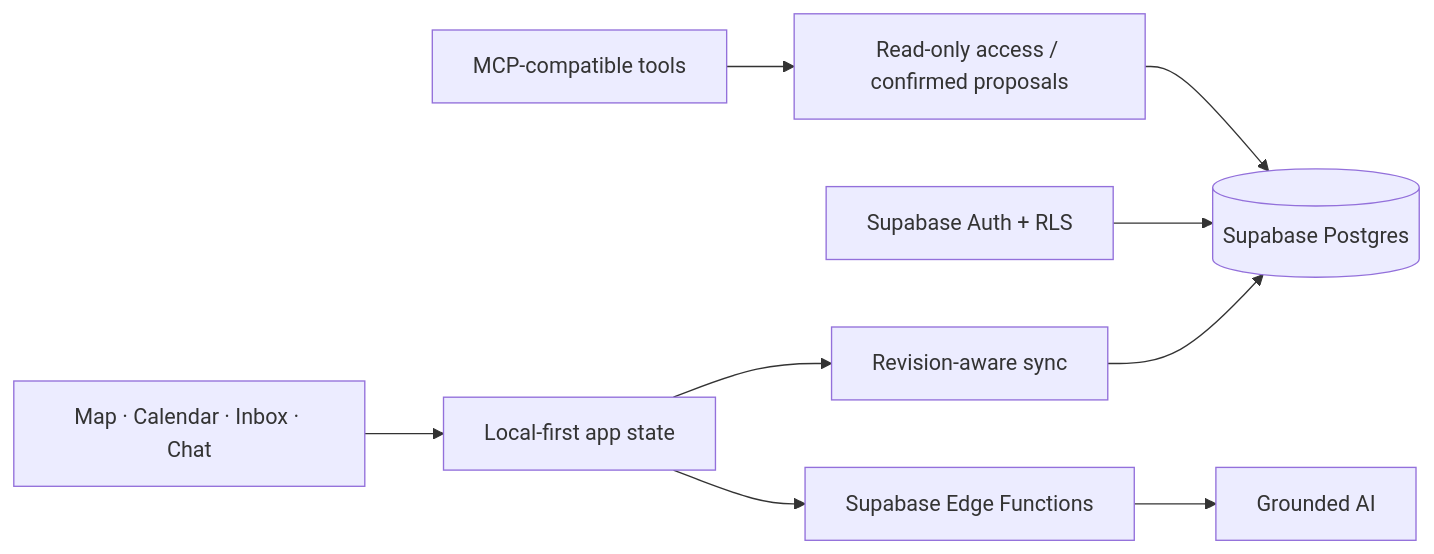
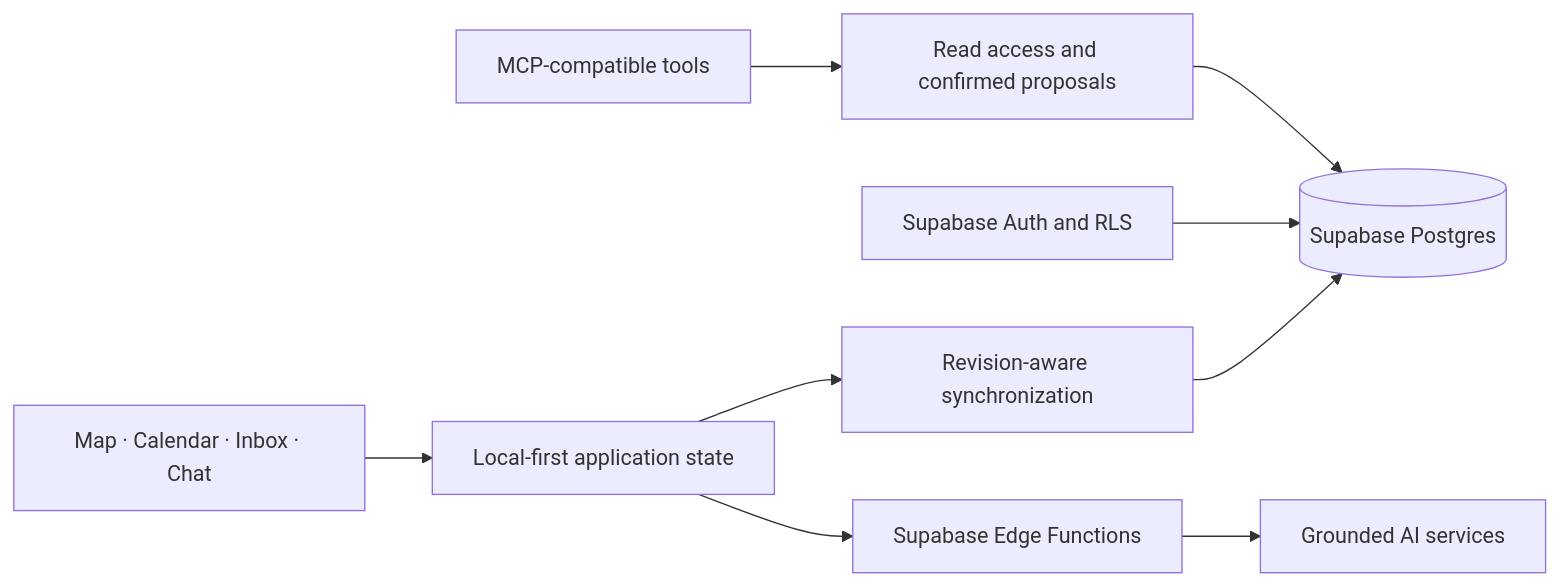
Before and after one commit to kakizzzzz/My-Emotion-Map: the diagram in README.md, drawn with Mermaid. The commit also changed other lines of this file, not shown here.

````diff
--- a/README.md
+++ b/README.md
@@ -48,11 +35,11 @@
 ```mermaid
 flowchart LR
-  UI[Map · Calendar · Inbox · Chat] --> LOCAL[Local-first app state]
-  LOCAL --> SYNC[Revision-aware sync]
+  UI[Map · Calendar · Inbox · Chat] --> LOCAL[Local-first application state]
+  LOCAL --> SYNC[Revision-aware synchronization]
   SYNC --> DB[(Supabase Postgres)]
-  AUTH[Supabase Auth + RLS] --> DB
+  AUTH[Supabase Auth and RLS] --> DB
   LOCAL --> EDGE[Supabase Edge Functions]
-  EDGE --> AI[Grounded AI]
-  MCP[MCP-compatible tools] --> ACCESS[Read-only access / confirmed proposals]
+  EDGE --> AI[Grounded AI services]
+  MCP[MCP-compatible tools] --> ACCESS[Read access and confirmed proposals]
   ACCESS --> DB
 ```
````
